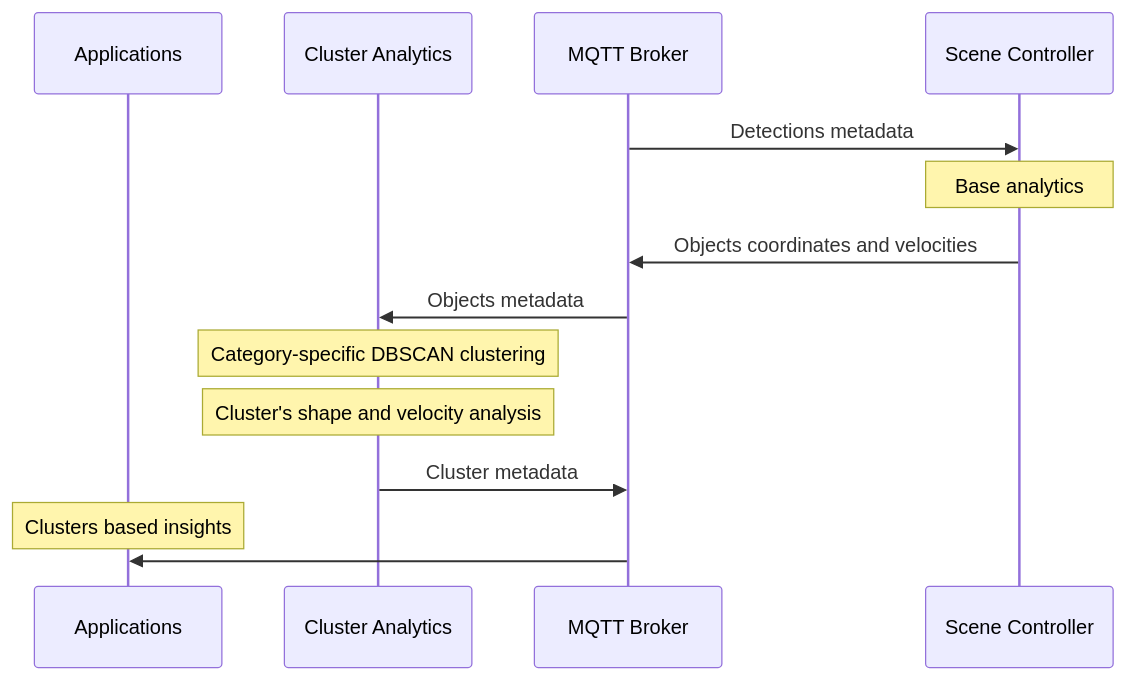
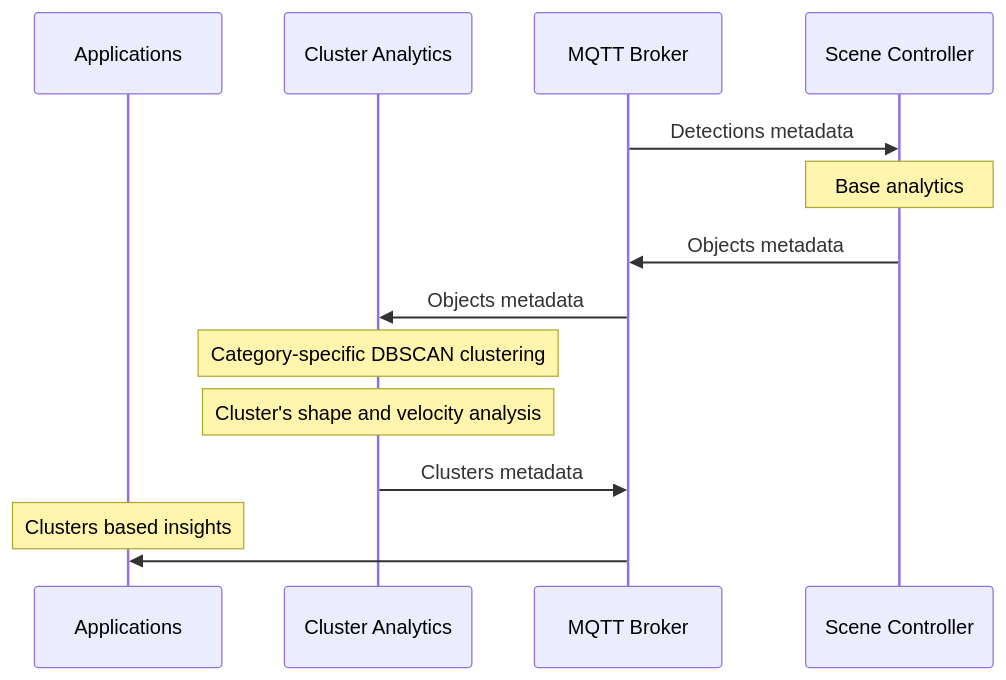
One commit to open-edge-platform/scenescape changed the third of 3 diagrams in cluster_analytics/docs/user-guide/overview.md. Above: the diagram before and after it, drawn with Mermaid.

Commit message:
Update dataflow diagram

````diff
--- a/cluster_analytics/docs/user-guide/overview.md
+++ b/cluster_analytics/docs/user-guide/overview.md
@@ -434,21 +434,21 @@
 ```mermaid
 sequenceDiagram
 
     participant APP as Applications
     participant CA as Cluster Analytics
     participant MQTT as MQTT Broker
     participant SC as Scene Controller
 
 
     MQTT->>SC: Detections metadata
     Note over SC: Base analytics 
-    SC->>MQTT: Objects coordinates and velocities
+    SC->>MQTT: Objects metadata
     MQTT->>CA: Objects metadata
 
     Note over CA: Category-specific DBSCAN clustering
     Note over CA: Cluster's shape and velocity analysis
 
-    CA->>MQTT: Cluster metadata
+    CA->>MQTT: Clusters metadata
     Note over APP: Clusters based insights
     MQTT->>APP:
 ```
````
